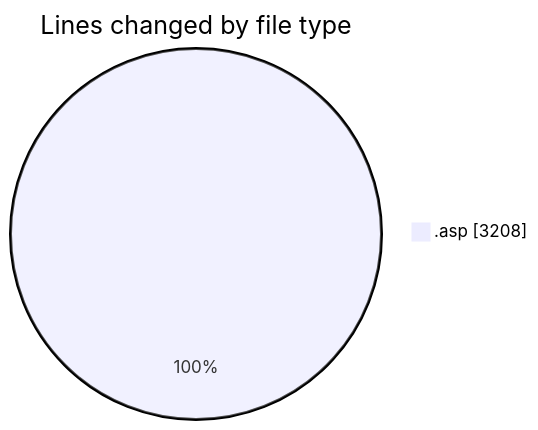
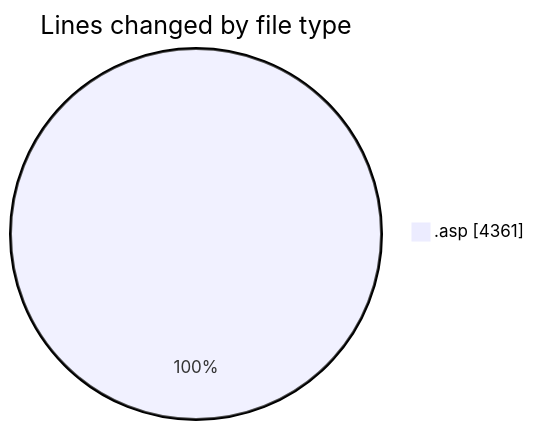
Before and after one commit to julien-gomy/code-tracking: the first of 2 diagrams in 2025-11-10/cdp_aleoudev_fr__workspace_/README.md, drawn with Mermaid. The commit also changed other lines of this file and 1 other file, not shown here.

````diff
--- a/2025-11-10/cdp_aleoudev_fr__workspace_/README.md
+++ b/2025-11-10/cdp_aleoudev_fr__workspace_/README.md
@@ -30,5 +31,5 @@
 ```mermaid
 pie showData
 title Lines changed by file type
-".asp" : 3208
+".asp" : 4361
 ```
````
